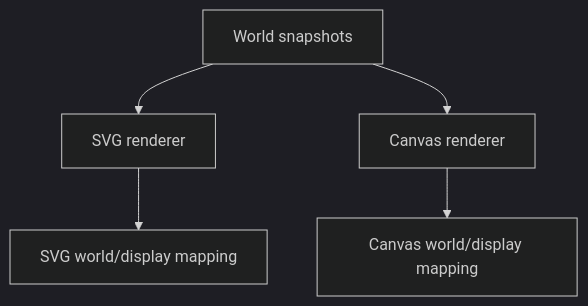
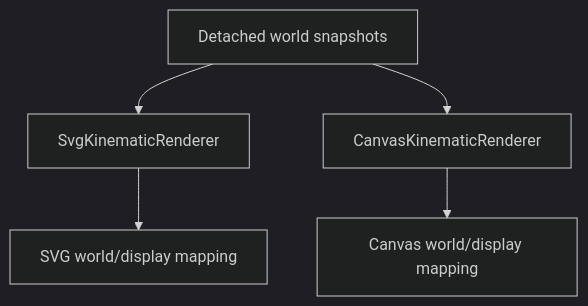
One commit to fa-ribeiro/vLab2D changed diagram 16 of 17 in docs/architecture/README.md. Above: the diagram before and after it, drawn with Mermaid (dark theme). The commit also changed other lines of this file and 7 other files, not shown here.

````diff
--- a/docs/architecture/README.md
+++ b/docs/architecture/README.md
@@ -860,16 +850,16 @@
 ```mermaid
 flowchart TD
-    WORLD["World snapshots"]
+    SNAP["Detached world snapshots"]
 
-    SVG["SVG renderer"]
-    CANVAS["Canvas renderer"]
+    SVG["SvgKinematicRenderer"]
+    CANVAS["CanvasKinematicRenderer"]
 
     SVGTRANS["SVG world/display mapping"]
     CANVASTRANS["Canvas world/display mapping"]
 
-    WORLD --> SVG
-    WORLD --> CANVAS
+    SNAP --> SVG
+    SNAP --> CANVAS
 
     SVG --> SVGTRANS
     CANVAS --> CANVASTRANS
 ```
````
